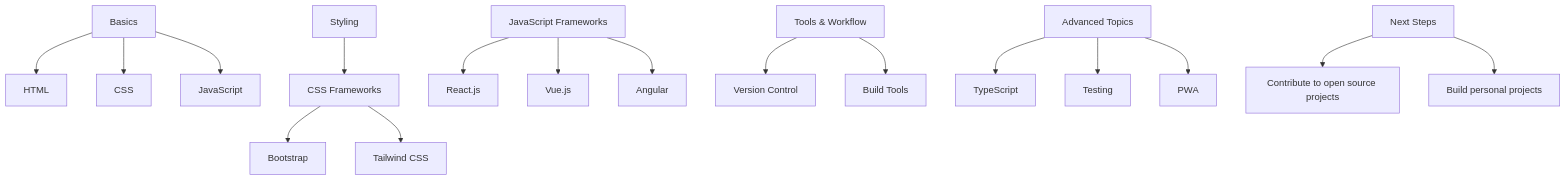
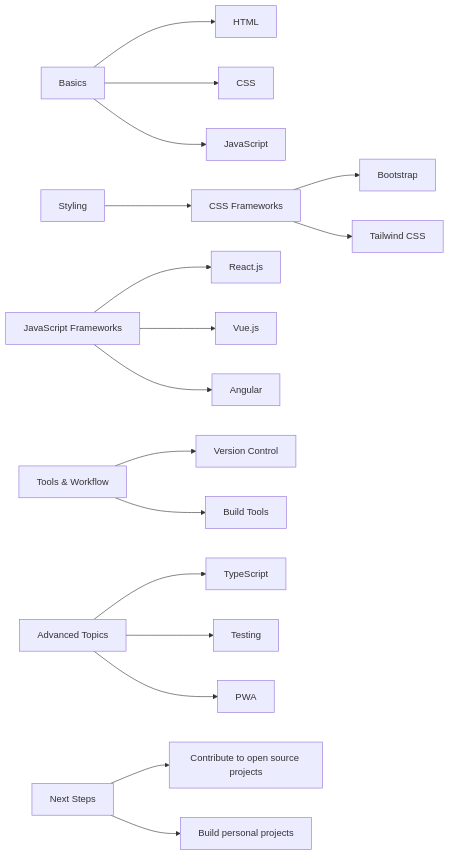
Before and after one commit to fwlc-user002/programming-roadmap: the diagram in FrontEnd.md, drawn with Mermaid.

````diff
--- a/FrontEnd.md
+++ b/FrontEnd.md
@@ -1,19 +1,19 @@
 ```mermaid
-graph TB;
+graph LR;
   A[Basics] --> B[HTML];
   A --> C[CSS];
   A --> D[JavaScript];
   E[Styling] --> F[CSS Frameworks];
   F --> G[Bootstrap];
   F --> H[Tailwind CSS];
   I[JavaScript Frameworks] --> J[React.js];
   I --> K[Vue.js];
   I --> L[Angular];
   M[Tools & Workflow] --> N[Version Control];
   M --> O[Build Tools];
   P[Advanced Topics] --> Q[TypeScript];
   P --> R[Testing];
   P --> S[PWA];
   T[Next Steps] --> U[Contribute to open source projects];
   T --> V[Build personal projects];
 ```
````
